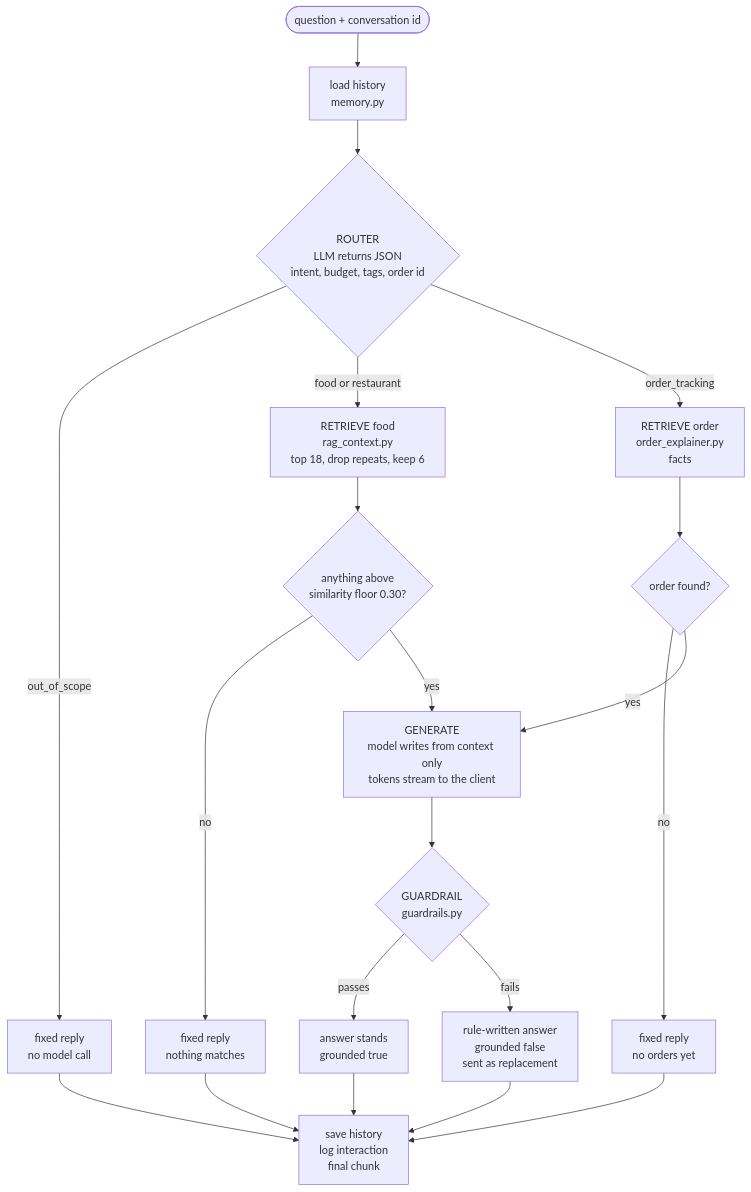
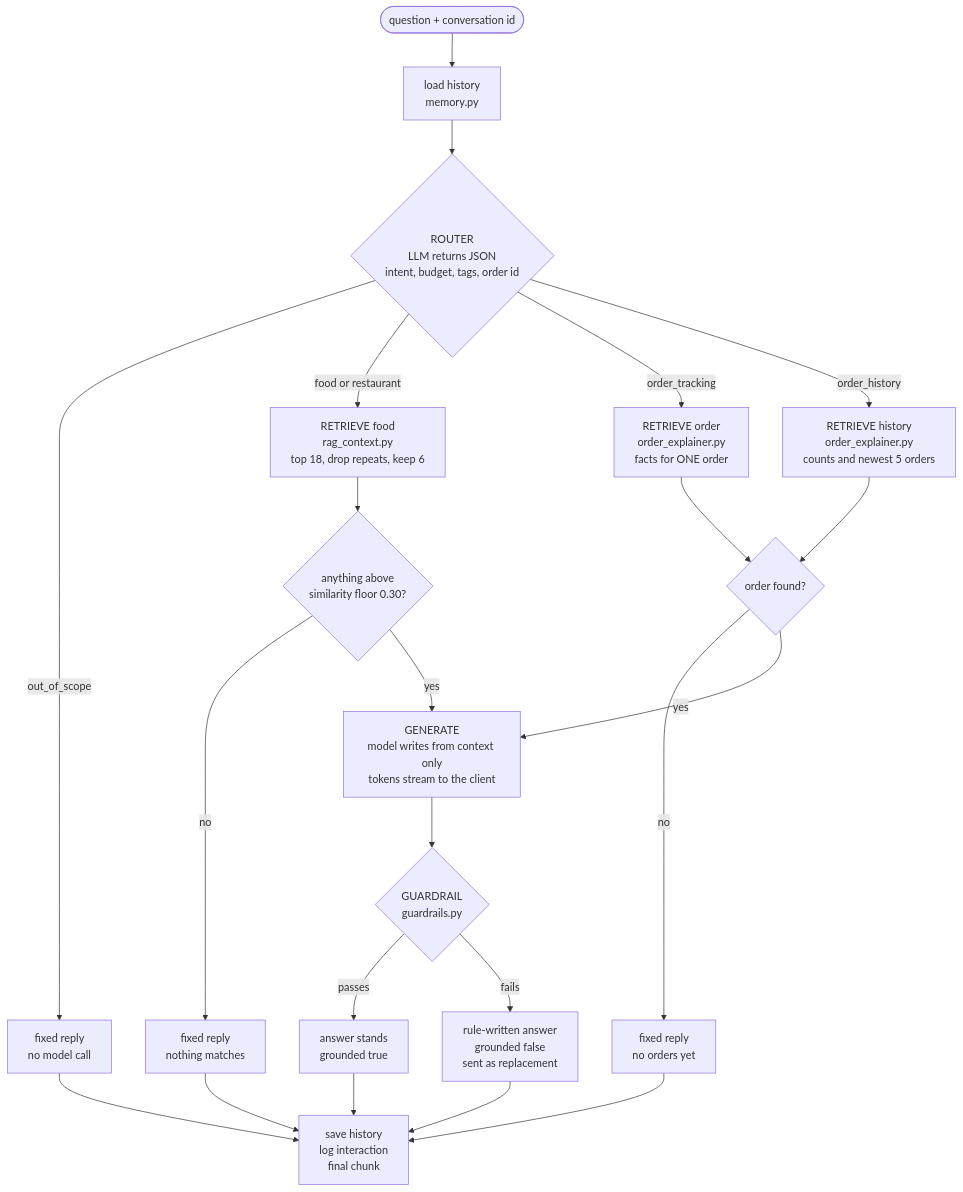
The second of 4 diagrams in readme/ai-pipeline-guide.md (saqib-emumba/smartfoodops-backend), drawn with Mermaid before and after one commit. The commit also changed other lines of this file and 34 other files, not shown here.

````diff
--- a/readme/ai-pipeline-guide.md
+++ b/readme/ai-pipeline-guide.md
@@ -97,22 +97,24 @@
 ```mermaid
 flowchart TD
     Q(["question + conversation id"]) --> Load["load history<br/>memory.py"]
     Load --> Router{"ROUTER<br/>LLM returns JSON<br/>intent, budget, tags, order id"}
     Router -->|"out_of_scope"| Refuse["fixed reply<br/>no model call"]
     Router -->|"food or restaurant"| RetrieveFood["RETRIEVE food<br/>rag_context.py<br/>top 18, drop repeats, keep 6"]
-    Router -->|"order_tracking"| RetrieveOrder["RETRIEVE order<br/>order_explainer.py<br/>facts"]
+    Router -->|"order_tracking"| RetrieveOrder["RETRIEVE order<br/>order_explainer.py<br/>facts for ONE order"]
+    Router -->|"order_history"| RetrieveHistory["RETRIEVE history<br/>order_explainer.py<br/>counts and newest 5 orders"]
     RetrieveFood --> Found{"anything above<br/>similarity floor 0.30?"}
     RetrieveOrder --> HasOrder{"order found?"}
+    RetrieveHistory --> HasOrder
     Found -->|"no"| NoResults["fixed reply<br/>nothing matches"]
     HasOrder -->|"no"| NoOrders["fixed reply<br/>no orders yet"]
     Found -->|"yes"| Generate["GENERATE<br/>model writes from context only<br/>tokens stream to the client"]
     HasOrder -->|"yes"| Generate
     Generate --> Guard{"GUARDRAIL<br/>guardrails.py"}
     Guard -->|"passes"| Keep["answer stands<br/>grounded true"]
     Guard -->|"fails"| Replace["rule-written answer<br/>grounded false<br/>sent as replacement"]
     Keep --> Save["save history<br/>log interaction<br/>final chunk"]
     Replace --> Save
     Refuse --> Save
     NoResults --> Save
     NoOrders --> Save
 ```
````
